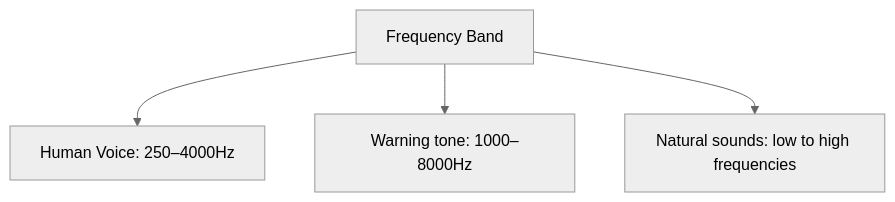
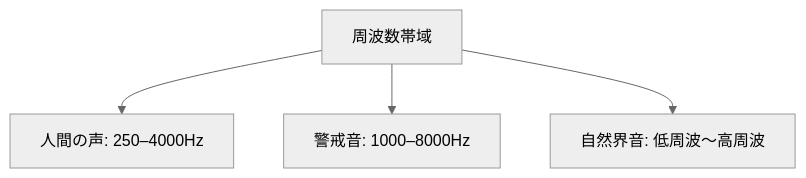
One commit to monumental-movement/monumental-movement.github.io changed the first of 4 diagrams in en/_posts/2025-10-26-column-bear-sound.md. Above: the diagram before and after it, drawn with Mermaid (neutral theme). The commit also changed other lines of this file and 1724 other files, not shown here.

```diff
--- a/en/_posts/2025-10-26-column-bear-sound.md
+++ b/en/_posts/2025-10-26-column-bear-sound.md
@@ -58,9 +56,9 @@
 <div class="mermaid">
 
 graph TD
-A["Frequency Band"] --> B["Human Voice: 250–4000Hz"]
-A --> C["Warning tone: 1000–8000Hz"]
-A --> D["Natural sounds: low to high frequencies"]
+A["周波数帯域"] --> B["人間の声: 250–4000Hz"]
+A --> C["警戒音: 1000–8000Hz"]
+A --> D["自然界音: 低周波〜高周波"]
 
 
 </div>
```
